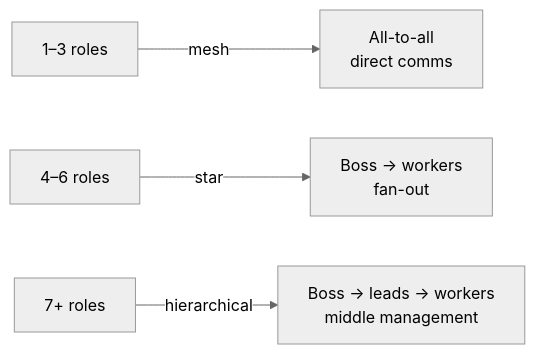
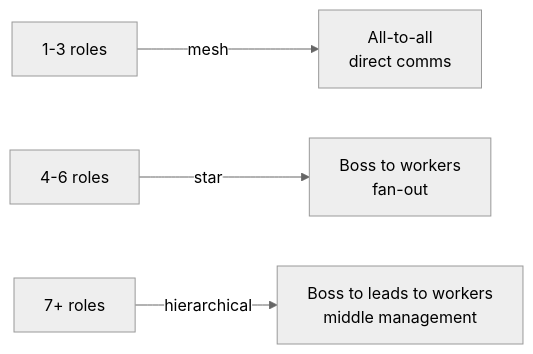
The second of 6 diagrams in README.md (monoes/monomind), drawn with Mermaid (neutral theme) before and after one commit. The commit also changed other lines of this file and 41 other files, not shown here.

First line of the commit message:
fix(readme): replace non-ASCII chars in Mermaid diagrams

````diff
--- a/README.md
+++ b/README.md
@@ -135,6 +135,6 @@
 ```mermaid
 graph LR
-    A["1–3 roles"] -->|mesh| B["All-to-all\ndirect comms"]
-    C["4–6 roles"] -->|star| D["Boss → workers\nfan-out"]
-    E["7+ roles"] -->|hierarchical| F["Boss → leads → workers\nmiddle management"]
+    A["1-3 roles"] -->|mesh| B["All-to-all\ndirect comms"]
+    C["4-6 roles"] -->|star| D["Boss to workers\nfan-out"]
+    E["7+ roles"] -->|hierarchical| F["Boss to leads to workers\nmiddle management"]
 ```
````
